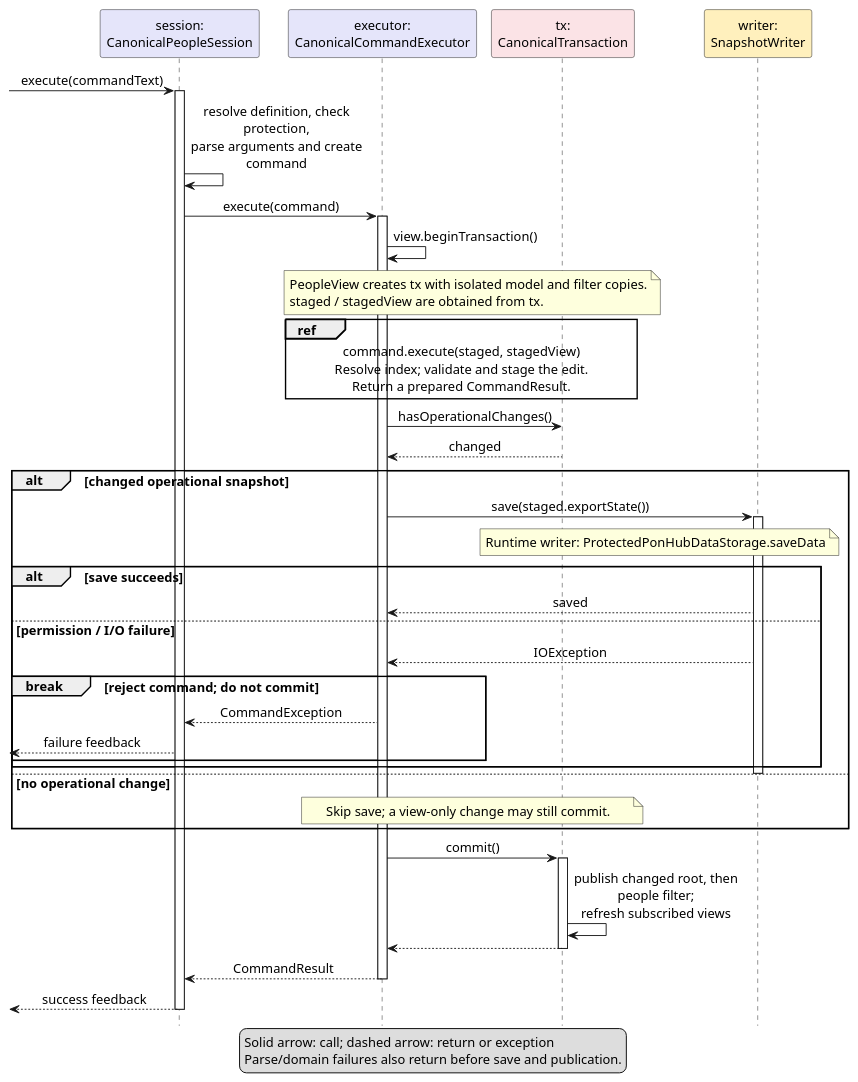
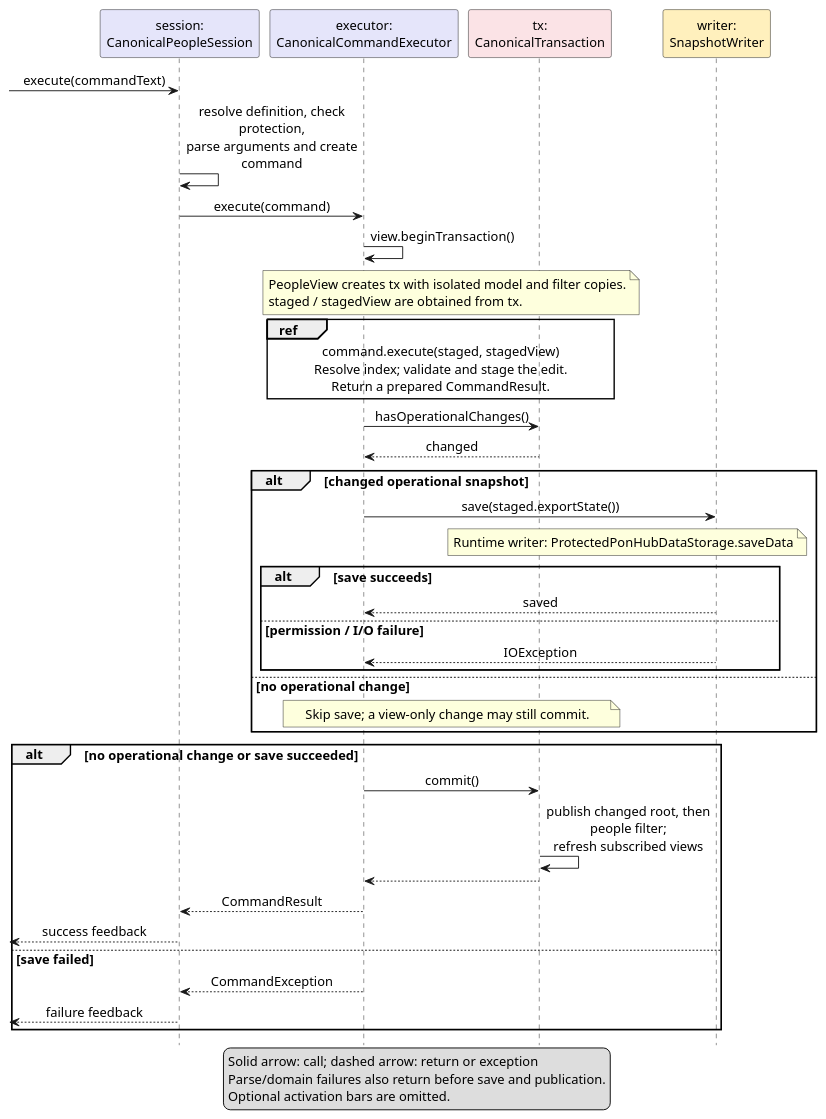
One commit to AY2627S1-CS2103T-F13-3/tp changed the diagram in docs/diagrams/ArchitectureSequenceDiagram.puml. Above: the diagram before and after it, drawn with PlantUML. The commit also changed 2 other files, not shown here.

Commit message:
Correct command sequence failure paths
The nested break did not exclude later commit unambiguously, and
activation bars outlived their shown returns. Use exclusive outcome
alternatives and omit optional bars while preserving staged save and
publication ordering. Update the editable diagram, PNG and DG together.

```diff
--- a/docs/diagrams/ArchitectureSequenceDiagram.puml
+++ b/docs/diagrams/ArchitectureSequenceDiagram.puml
@@ -1,62 +1,56 @@
 @startuml
 ' Updated by Ernest Chua with OpenAI Codex assistance (#220).
 hide footbox
 skinparam defaultFontName Arial
 skinparam defaultFontSize 14
 skinparam shadowing false
 skinparam sequenceMessageAlign center
 skinparam maxMessageSize 220
 participant "session:\nCanonicalPeopleSession" as Session #E5E5FA
 participant "executor:\nCanonicalCommandExecutor" as Executor #E5E5FA
 participant "tx:\nCanonicalTransaction" as Tx #FBE3E6
 participant "writer:\nSnapshotWriter" as Writer #FFF0BD
 [-> Session : execute(commandText)
-activate Session
 Session -> Session : resolve definition, check protection,\nparse arguments and create command
 Session -> Executor : execute(command)
-activate Executor
 Executor -> Executor : view.beginTransaction()
 note over Executor, Tx
   PeopleView creates tx with isolated model and filter copies.
   staged / stagedView are obtained from tx.
 end note
 ref over Executor, Tx
   command.execute(staged, stagedView)
   Resolve index; validate and stage the edit.
   Return a prepared CommandResult.
 end ref
 Executor -> Tx : hasOperationalChanges()
 Tx --> Executor : changed
 alt changed operational snapshot
   Executor -> Writer : save(staged.exportState())
-  activate Writer
   note over Tx, Writer
     Runtime writer: ProtectedPonHubDataStorage.saveData
   end note
   alt save succeeds
     Writer --> Executor : saved
   else permission / I/O failure
     Writer --> Executor : IOException
-    break reject command; do not commit
-      Executor --> Session : CommandException
-      [<-- Session : failure feedback
-    end
   end
-  deactivate Writer
 else no operational change
   note over Executor, Tx : Skip save; a view-only change may still commit.
 end
-Executor -> Tx : commit()
-activate Tx
-Tx -> Tx : publish changed root, then people filter;\nrefresh subscribed views
-Tx --> Executor
-deactivate Tx
-Executor --> Session : CommandResult
-deactivate Executor
-[<-- Session : success feedback
-deactivate Session
+alt no operational change or save succeeded
+  Executor -> Tx : commit()
+  Tx -> Tx : publish changed root, then people filter;\nrefresh subscribed views
+  Tx --> Executor
+  Executor --> Session : CommandResult
+  [<-- Session : success feedback
+else save failed
+  Executor --> Session : CommandException
+  [<-- Session : failure feedback
+end
 legend bottom
   Solid arrow: call; dashed arrow: return or exception
   Parse/domain failures also return before save and publication.
+  Optional activation bars are omitted.
 endlegend
 @enduml
```
